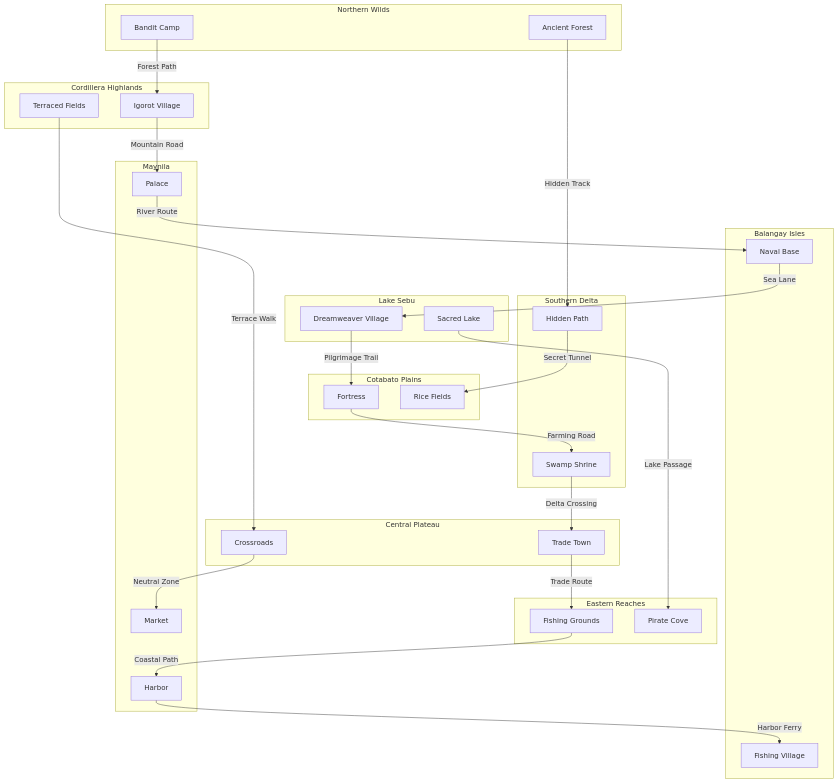
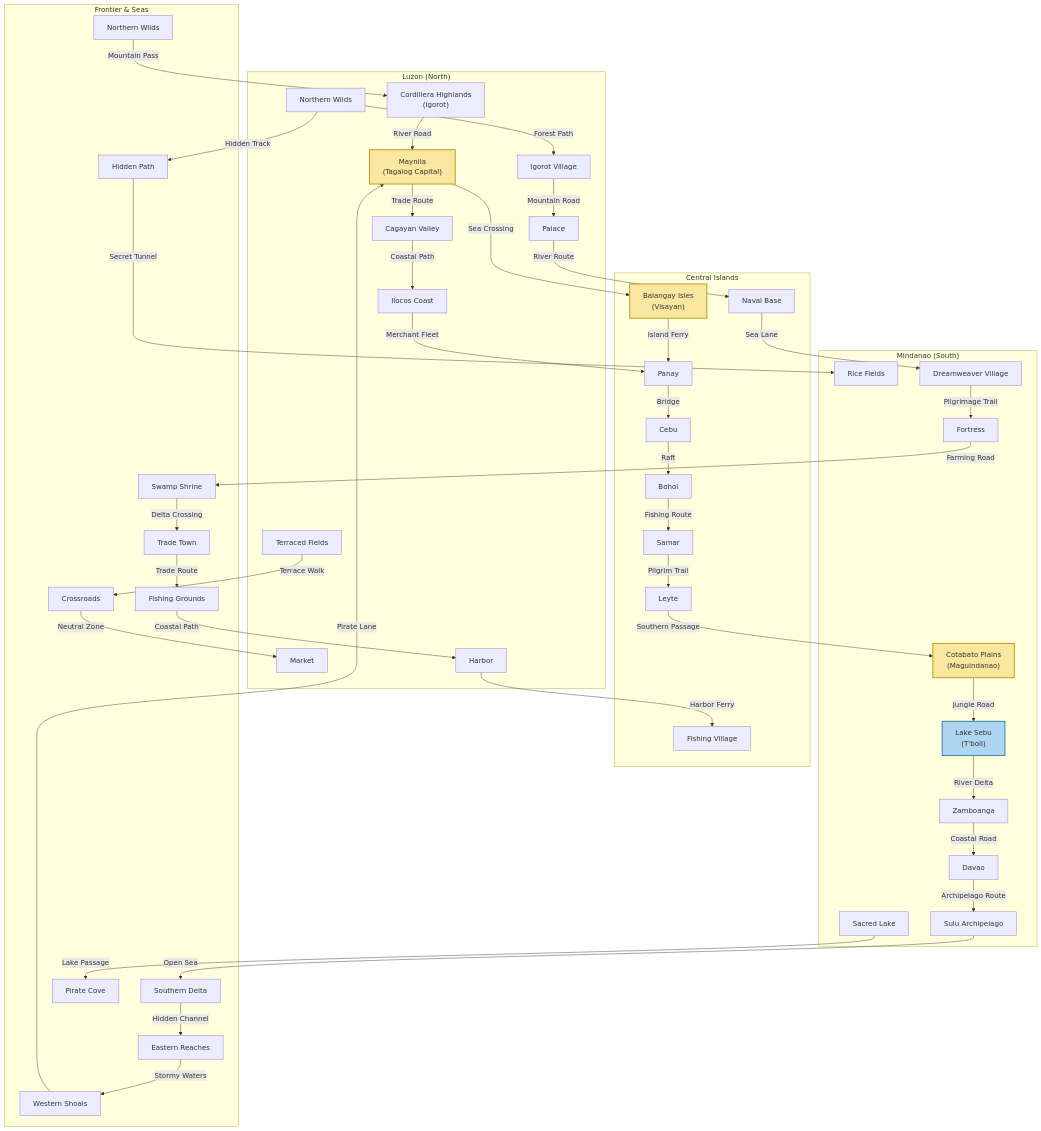
One commit to JustineDevs/lakas_ng_lahi changed the diagram in lakas_ng_lahi/docs/game-worldbuilding.md. Above: the diagram before and after it, drawn with Mermaid. The commit also changed other lines of this file, not shown here.

Commit message:
Updated Combine Layout Game Map

````diff
--- a/lakas_ng_lahi/docs/game-worldbuilding.md
+++ b/lakas_ng_lahi/docs/game-worldbuilding.md
@@ -35,43 +37,81 @@
 ```mermaid
 flowchart TD
-  subgraph "Northern Wilds"
-    NW1["Bandit Camp"]
-    NW2["Ancient Forest"]
-  end
-  subgraph "Cordillera Highlands"
+  %% Luzon/North
+  subgraph "Luzon (North)"
+    LU1["Cordillera Highlands\n(Igorot)"]
+    LU2["Maynila\n(Tagalog Capital)"]
+    LU3["Cagayan Valley"]
+    LU4["Ilocos Coast"]
+    NW1["Northern Wilds"]
     CH1["Igorot Village"]
     CH2["Terraced Fields"]
-  end
-  subgraph "Maynila"
     M1["Palace"]
     M2["Market"]
     M3["Harbor"]
   end
-  subgraph "Balangay Isles"
+
+  %% Central Islands
+  subgraph "Central Islands"
+    CI1["Balangay Isles\n(Visayan)"]
+    CI2["Panay"]
+    CI3["Cebu"]
+    CI4["Bohol"]
+    CI5["Samar"]
+    CI6["Leyte"]
     BI1["Naval Base"]
     BI2["Fishing Village"]
   end
-  subgraph "Lake Sebu"
+
+  %% Mindanao/South
+  subgraph "Mindanao (South)"
+    MI1["Cotabato Plains\n(Maguindanao)"]
+    MI2["Lake Sebu\n(T'boli)"]
+    MI3["Zamboanga"]
+    MI4["Davao"]
+    MI5["Sulu Archipelago"]
+    CP1["Fortress"]
+    CP2["Rice Fields"]
     LS1["Dreamweaver Village"]
     LS2["Sacred Lake"]
   end
-  subgraph "Cotabato Plains"
-    CP1["Fortress"]
-    CP2["Rice Fields"]
-  end
-  subgraph "Southern Delta"
+
+  %% Other Regions
+  subgraph "Frontier & Seas"
+    FS1["Northern Wilds"]
+    FS2["Eastern Reaches"]
+    FS3["Southern Delta"]
+    FS4["Western Shoals"]
     SD1["Swamp Shrine"]
     SD2["Hidden Path"]
-  end
-  subgraph "Central Plateau"
+    ER1["Fishing Grounds"]
+    ER2["Pirate Cove"]
     CTP1["Trade Town"]
     CTP2["Crossroads"]
   end
-  subgraph "Eastern Reaches"
-    ER1["Fishing Grounds"]
-    ER2["Pirate Cove"]
-  end
 
+  %% Main archipelagic flow (Velarde style)
+  FS1 -- "Mountain Pass" --> LU1
+  LU1 -- "River Road" --> LU2
+  LU2 -- "Trade Route" --> LU3
+  LU3 -- "Coastal Path" --> LU4
+  LU2 -- "Sea Crossing" --> CI1
+  LU4 -- "Merchant Fleet" --> CI2
+  CI1 -- "Island Ferry" --> CI2
+  CI2 -- "Bridge" --> CI3
+  CI3 -- "Raft" --> CI4
+  CI4 -- "Fishing Route" --> CI5
+  CI5 -- "Pilgrim Trail" --> CI6
+  CI6 -- "Southern Passage" --> MI1
+  MI1 -- "Jungle Road" --> MI2
+  MI2 -- "River Delta" --> MI3
+  MI3 -- "Coastal Road" --> MI4
+  MI4 -- "Archipelago Route" --> MI5
+  MI5 -- "Open Sea" --> FS3
+  FS3 -- "Hidden Channel" --> FS2
+  FS2 -- "Stormy Waters" --> FS4
+  FS4 -- "Pirate Lane" --> LU2
+
+  %% RTS-style strategic connections
   NW1 -- "Forest Path" --> CH1
   CH1 -- "Mountain Road" --> M1
   M1 -- "River Route" --> BI1
@@ -84,7 +124,16 @@
   M3 -- "Harbor Ferry" --> BI2
   CTP2 -- "Neutral Zone" --> M2
   CH2 -- "Terrace Walk" --> CTP2
-  NW2 -- "Hidden Track" --> SD2
+  NW1 -- "Hidden Track" --> SD2
   SD2 -- "Secret Tunnel" --> CP2
   LS2 -- "Lake Passage" --> ER2
+
+  %% Key cities and capitals
+  LU2:::capital
+  CI1:::capital
+  MI1:::capital
+  MI2:::spiritual
+
+  classDef capital fill:#f9e79f,stroke:#b7950b,stroke-width:2px;
+  classDef spiritual fill:#aed6f1,stroke:#2874a6,stroke-width:2px;
 ```
````
